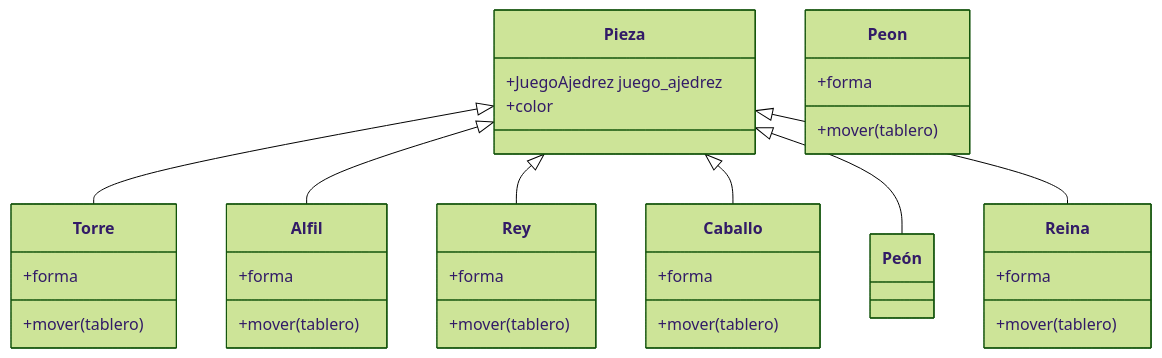
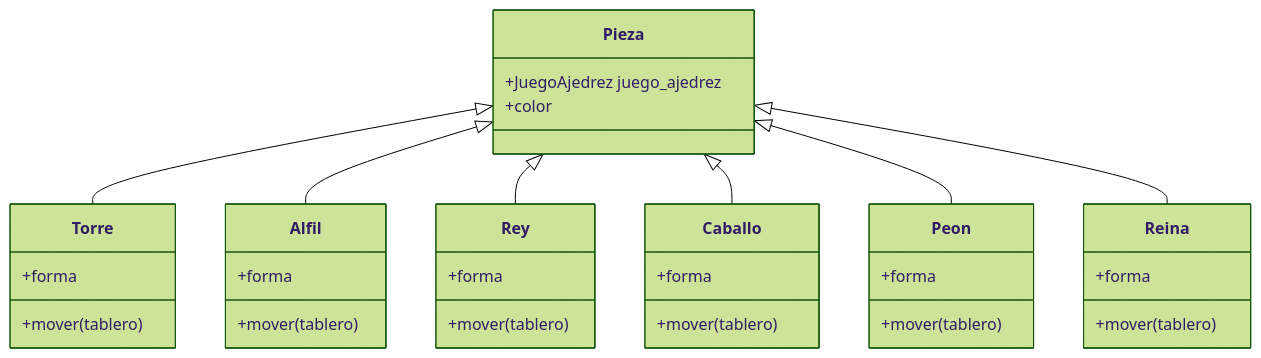
Before and after one commit to fegonzalez7/poo_unal_clase5: the third of 3 diagrams in README.md, drawn with Mermaid (forest theme).

Commit message:
cambio diagrama peon

````diff
--- a/README.md
+++ b/README.md
@@ -124,37 +124,37 @@
 ```mermaid
 classDiagram
     Pieza <|-- Torre
     Pieza <|-- Alfil
     Pieza <|-- Rey
     Pieza <|-- Caballo
-    Pieza <|-- Peón
+    Pieza <|-- Peon
     Pieza <|-- Reina
     class Pieza{
       +JuegoAjedrez juego_ajedrez
       +color
     }
     class Torre{
       +forma
       +mover(tablero)
     }
     class Alfil{
       +forma
       +mover(tablero)
     }
     class Rey{
       +forma
       +mover(tablero)
     }
     class Caballo{
       +forma
       +mover(tablero)
     }
     class Peon{
       +forma
       +mover(tablero)
     }
     class Reina{
       +forma
       +mover(tablero)
     }
 ```
````
